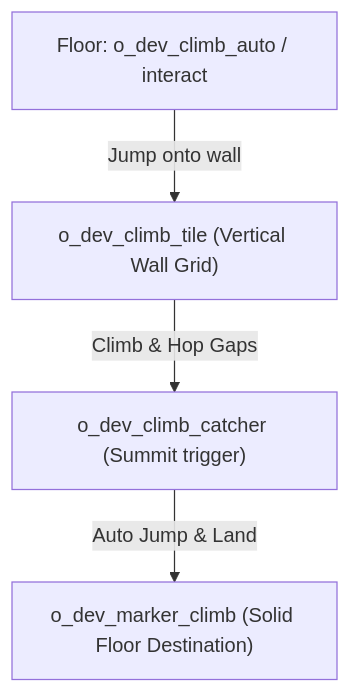
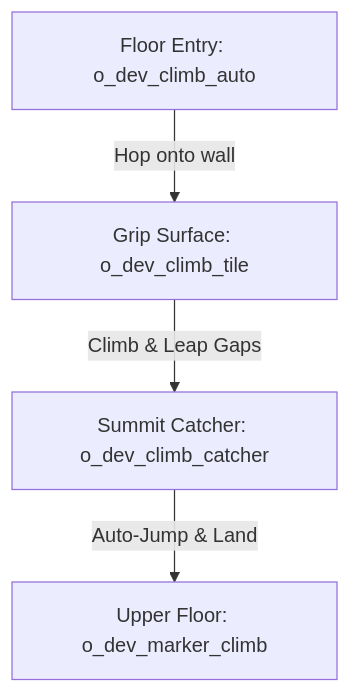
Before and after one commit to profsergiocosta/tldr-handbook: the diagram in docs/overworld/climbing.md, drawn with Mermaid. The commit also changed other lines of this file and 3 other files, not shown here.

````diff
--- a/docs/overworld/climbing.md
+++ b/docs/overworld/climbing.md
@@ -36,6 +36,6 @@
 ```mermaid
 graph TD
-    A["Floor: o_dev_climb_auto / interact"] -->|Jump onto wall| B["o_dev_climb_tile (Vertical Wall Grid)"]
-    B -->|Climb & Hop Gaps| C["o_dev_climb_catcher (Summit trigger)"]
-    C -->|Auto Jump & Land| D["o_dev_marker_climb (Solid Floor Destination)"]
+    A["Floor Entry: o_dev_climb_auto"] -->|Hop onto wall| B["Grip Surface: o_dev_climb_tile"]
+    B -->|Climb & Leap Gaps| C["Summit Catcher: o_dev_climb_catcher"]
+    C -->|Auto-Jump & Land| D["Upper Floor: o_dev_marker_climb"]
 ```
````
